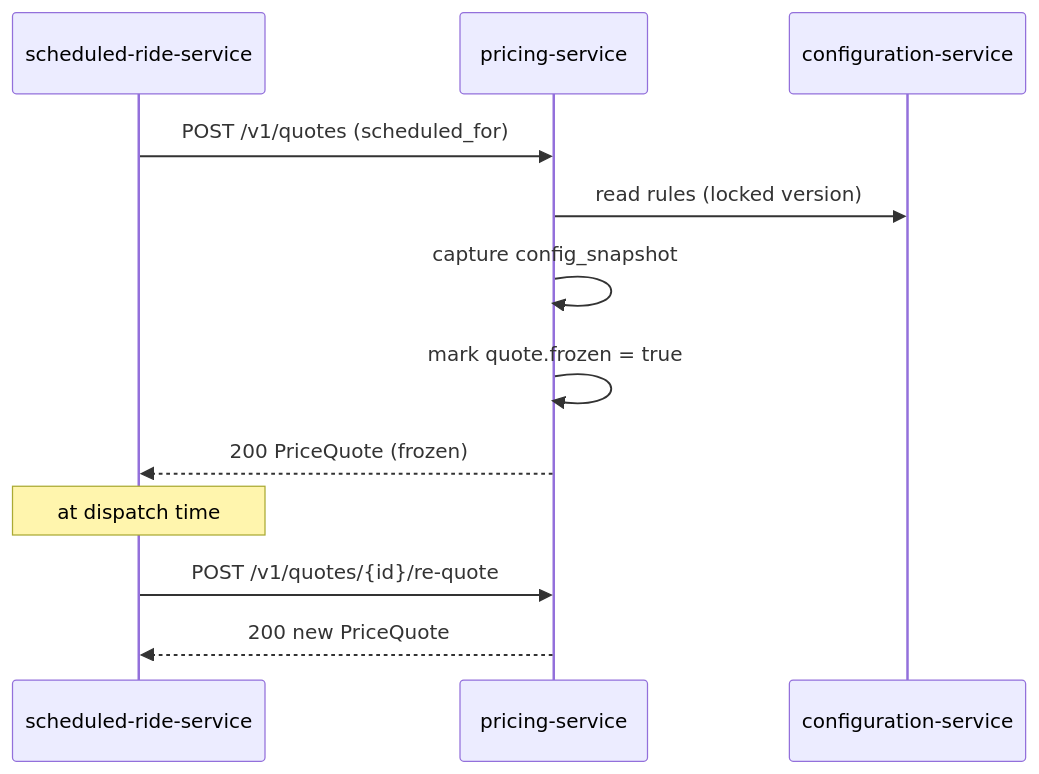
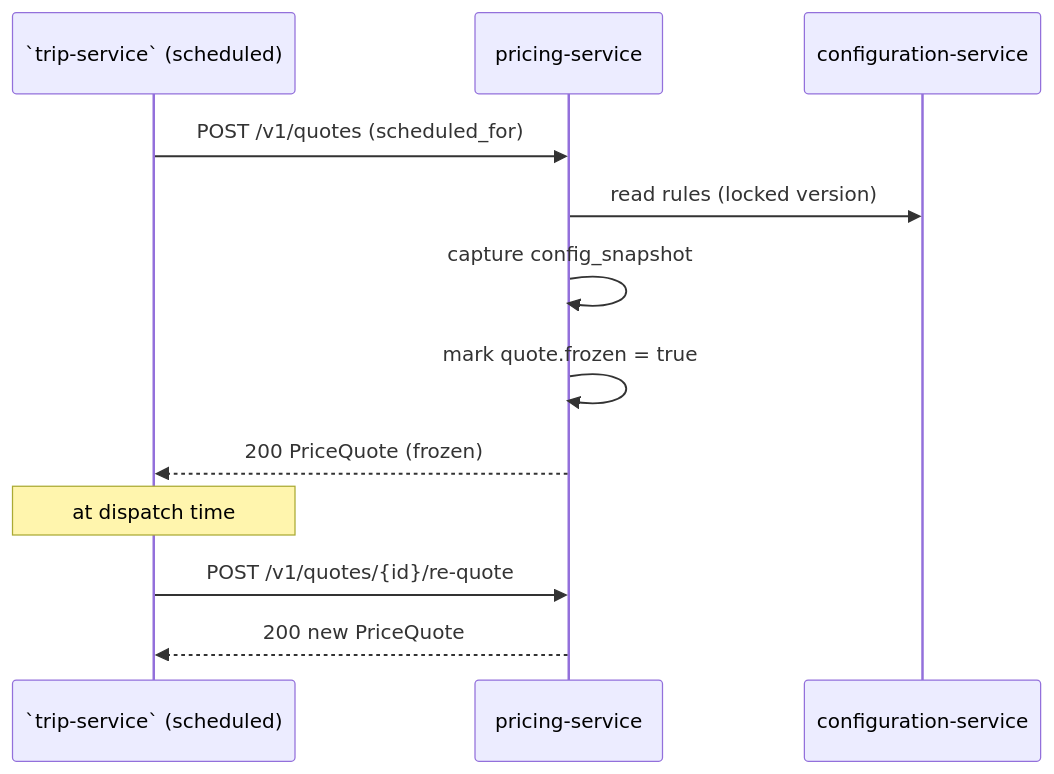
One commit to mohamedhabibwork/trips-enjoy-docs changed the fifth of 7 diagrams in docs/services/pricing-service/WORKFLOWS.md. Above: the diagram before and after it, drawn with Mermaid. The commit also changed other lines of this file and 525 other files, not shown here.

````diff
--- a/docs/services/pricing-service/WORKFLOWS.md
+++ b/docs/services/pricing-service/WORKFLOWS.md
@@ -372,15 +372,15 @@
 ```mermaid
 sequenceDiagram
-    participant SR as scheduled-ride-service
+    participant SR as `trip-service` (scheduled)
     participant PRC as pricing-service
     participant CFG as configuration-service
 
     SR->>PRC: POST /v1/quotes (scheduled_for)
     PRC->>CFG: read rules (locked version)
     PRC->>PRC: capture config_snapshot
     PRC->>PRC: mark quote.frozen = true
     PRC-->>SR: 200 PriceQuote (frozen)
     Note over SR: at dispatch time
     SR->>PRC: POST /v1/quotes/{id}/re-quote
     PRC-->>SR: 200 new PriceQuote
 ```
````
